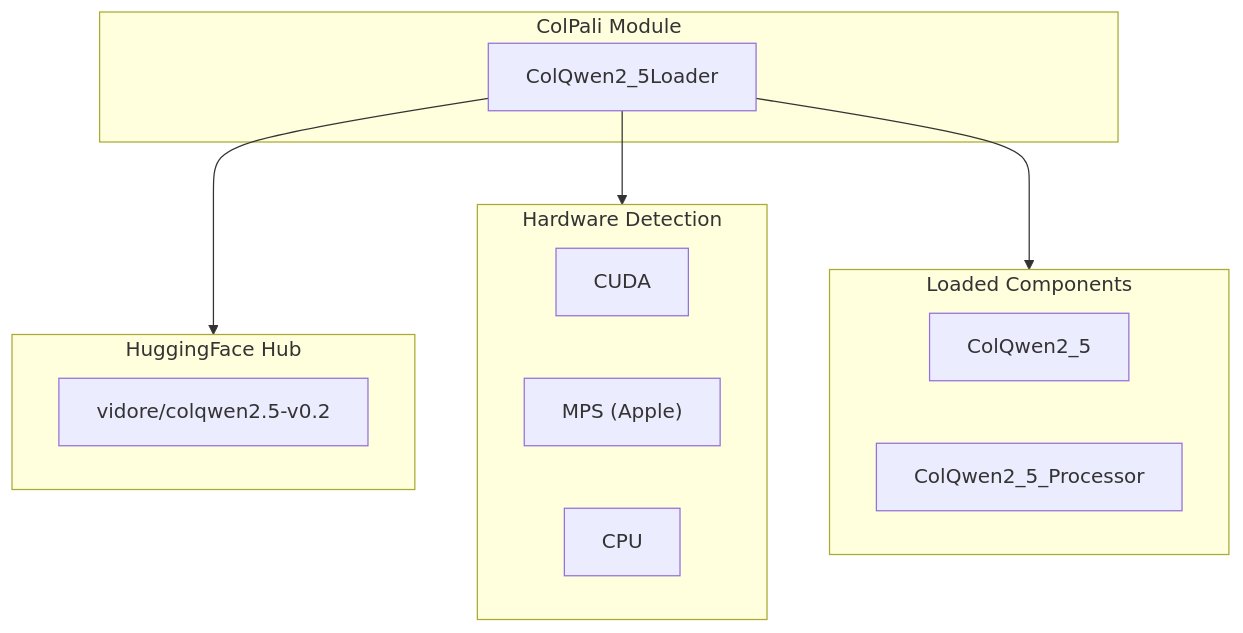
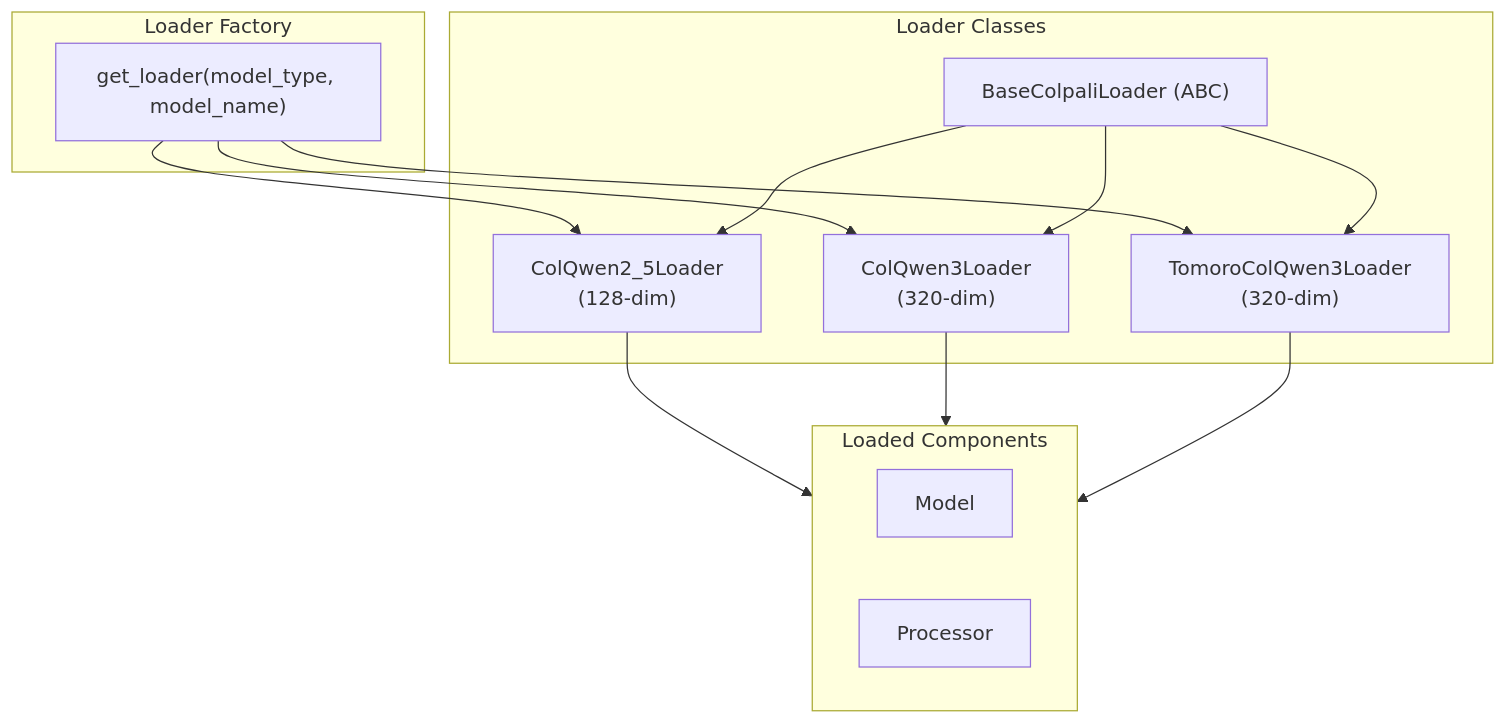
One commit to akosgintl/colpali-rag-app changed the diagram in docs/modules/colpali.md. Above: the diagram before and after it, drawn with Mermaid. The commit also changed other lines of this file and 84 other files, not shown here.

````diff
--- a/docs/modules/colpali.md
+++ b/docs/modules/colpali.md
@@ -15,25 +17,28 @@
 ```mermaid
 graph TD
-    subgraph ColPali["ColPali Module"]
-        Loader["ColQwen2_5Loader"]
+    subgraph Factory["Loader Factory"]
+        GetLoader["get_loader(model_type, model_name)"]
     end
 
-    subgraph HuggingFace["HuggingFace Hub"]
-        Model["vidore/colqwen2.5-v0.2"]
-    end
-
-    subgraph Hardware["Hardware Detection"]
-        CUDA["CUDA"]
-        MPS["MPS (Apple)"]
-        CPU["CPU"]
+    subgraph Loaders["Loader Classes"]
+        Base["BaseColpaliLoader (ABC)"]
+        CQ25["ColQwen2_5Loader\n(128-dim)"]
+        CQ3["ColQwen3Loader\n(320-dim)"]
+        Tomoro["TomoroColQwen3Loader\n(320-dim)"]
     end
 
     subgraph Output["Loaded Components"]
-        ColQwen["ColQwen2_5"]
-        Processor["ColQwen2_5_Processor"]
+        Model["Model"]
+        Processor["Processor"]
     end
 
-    Loader --> HuggingFace
-    Loader --> Hardware
-    Loader --> Output
+    GetLoader --> CQ25
+    GetLoader --> CQ3
+    GetLoader --> Tomoro
+    Base --> CQ25
+    Base --> CQ3
+    Base --> Tomoro
+    CQ25 --> Output
+    CQ3 --> Output
+    Tomoro --> Output
 ```
````
